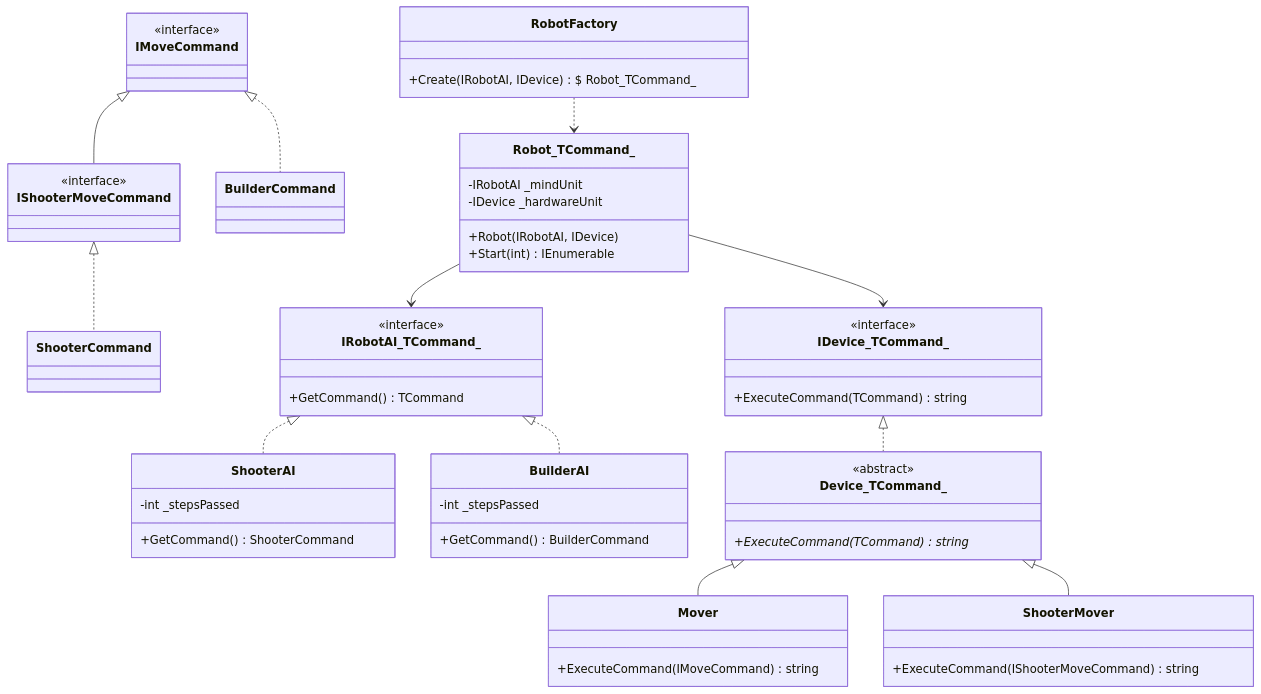
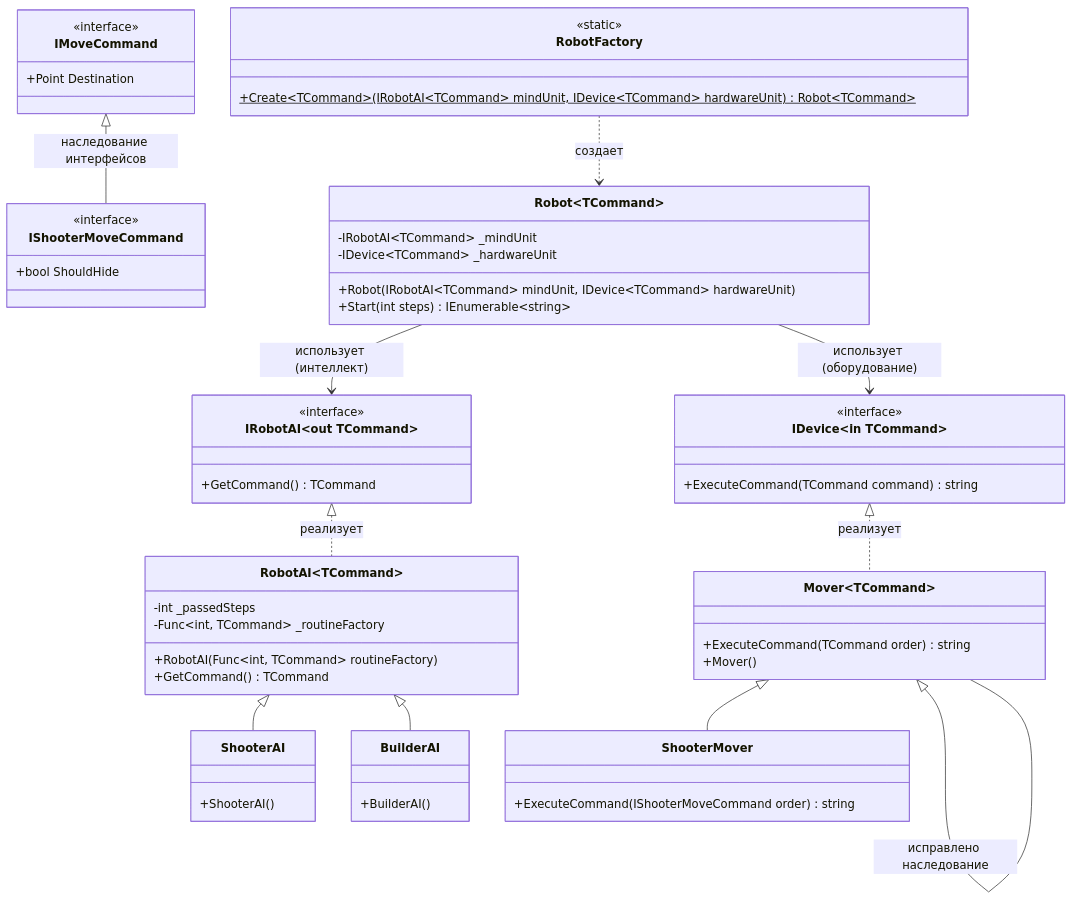
Before and after one commit to NingerangorOid/Praktika_2026: the diagram in robots.md, drawn with Mermaid.

Commit message:
правки внесены

````diff
--- a/robots.md
+++ b/robots.md
@@ -1,67 +1,77 @@
 ```mermaid
 classDiagram
     direction TB
 
-    %% 1. Иерархия интерфейсов и команд
-    class IMoveCommand { <<interface>> }
-    class IShooterMoveCommand { <<interface>> }
-    class ShooterCommand
-    class BuilderCommand
-    
-    IMoveCommand <|-- IShooterMoveCommand
-    IShooterMoveCommand <|.. ShooterCommand
-    IMoveCommand <|.. BuilderCommand
+    %% --- 1. ИЕРАРХИЯ КОМАНД (Исправлен доёб №1 и №2) ---
+    class IMoveCommand {
+        <<interface>>
+        +Point Destination
+    }
+    class IShooterMoveCommand {
+        <<interface>>
+        +bool ShouldHide
+    }
+    IMoveCommand <|-- IShooterMoveCommand : наследование интерфейсов
 
-    %% 2. Обобщенные контракты (Строго с дженериками в именах классов)
-    class IRobotAI_TCommand_ {
+    %% --- 2. МОДУЛИ ИНТЕЛЛЕКТА (Исправлен доёб №3: добавлен 'out') ---
+    class IRobotAI~out TCommand~ {
         <<interface>>
         +GetCommand() TCommand
     }
-    class IDevice_TCommand_ {
+    
+    class RobotAI~TCommand~ {
+        -int _passedSteps
+        -Func~int, TCommand~ _routineFactory
+        +RobotAI(Func~int, TCommand~ routineFactory)
+        +GetCommand() TCommand
+    }
+    IRobotAI~TCommand~ <|.. RobotAI~TCommand~ : реализует
+
+    class ShooterAI {
+        +ShooterAI()
+    }
+    RobotAI~ShooterCommand~ <|-- ShooterAI
+
+    class BuilderAI {
+        +BuilderAI()
+    }
+    RobotAI~BuilderCommand~ <|-- BuilderAI
+
+    %% --- 3. ИСПОЛНИТЕЛЬНЫЕ УСТРОЙСТВА (Исправлен доёб №2 и №3: добавлен 'in' и 'Mover~T~') ---
+    class IDevice~in TCommand~ {
         <<interface>>
-        +ExecuteCommand(TCommand) string
+        +ExecuteCommand(TCommand command) string
     }
 
-    %% 3. Реализации Искусственного Интеллекта
-    class ShooterAI {
-        -int _stepsPassed
-        +GetCommand() ShooterCommand
+    class Mover~TCommand~ {
+        +ExecuteCommand(TCommand order) string
     }
-    class BuilderAI {
-        -int _stepsPassed
-        +GetCommand() BuilderCommand
-    }
-    IRobotAI_TCommand_ <|.. ShooterAI
-    IRobotAI_TCommand_ <|.. BuilderAI
-
-    %% 4. Реализации Устройств-Исполнителей (Через абстрактный класс)
-    class Device_TCommand_ {
-        <<abstract>>
-        +ExecuteCommand(TCommand) string*
-    }
-    IDevice_TCommand_ <|.. Device_TCommand_
+    IDevice~TCommand~ <|.. Mover~TCommand~ : реализует
 
     class Mover {
-        +ExecuteCommand(IMoveCommand) string
+        +Mover()
     }
+    Mover~IMoveCommand~ <|-- Mover : исправлено наследование
+
     class ShooterMover {
-        +ExecuteCommand(IShooterMoveCommand) string
+        +ExecuteCommand(IShooterMoveCommand order) string
     }
-    Device_TCommand_ <|-- Mover
-    Device_TCommand_ <|-- ShooterMover
+    Mover~IShooterMoveCommand~ <|-- ShooterMover
 
-    %% 5. Главный управляющий класс и Фабрика
-    class Robot_TCommand_ {
-        -IRobotAI _mindUnit
-        -IDevice _hardwareUnit
-        +Robot(IRobotAI, IDevice)
-        +Start(int) IEnumerable
+    %% --- 4. СБОРКА РОБОТА (Исправлены мелкие замечания по типизации полей и фабрики) ---
+    class Robot~TCommand~ {
+        -IRobotAI~TCommand~ _mindUnit
+        -IDevice~TCommand~ _hardwareUnit
+        +Robot(IRobotAI~TCommand~ mindUnit, IDevice~TCommand~ hardwareUnit)
+        +Start(int steps) IEnumerable~string~
     }
-    Robot_TCommand_ --> IRobotAI_TCommand_
-    Robot_TCommand_ --> IDevice_TCommand_
 
     class RobotFactory {
-        +Create(IRobotAI, IDevice)\$ Robot_TCommand_
+        <<static>>
+        +Create~TCommand~(IRobotAI~TCommand~ mindUnit, IDevice~TCommand~ hardwareUnit)$ Robot~TCommand~
     }
-    RobotFactory ..> Robot_TCommand_
+    
+    Robot~TCommand~ --> IRobotAI~TCommand~ : использует (интеллект)
+    Robot~TCommand~ --> IDevice~TCommand~ : использует (оборудование)
+    RobotFactory ..> Robot~TCommand~ : создает
 ```
````
